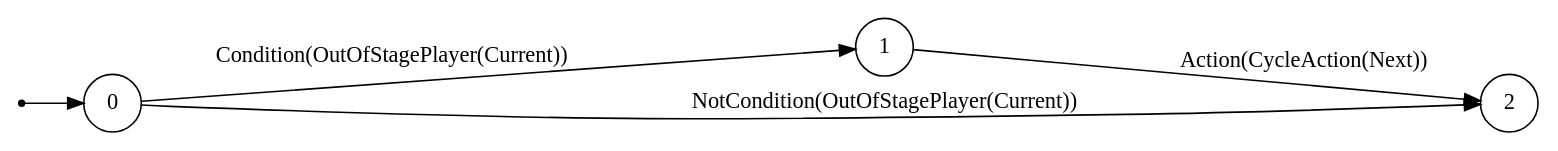
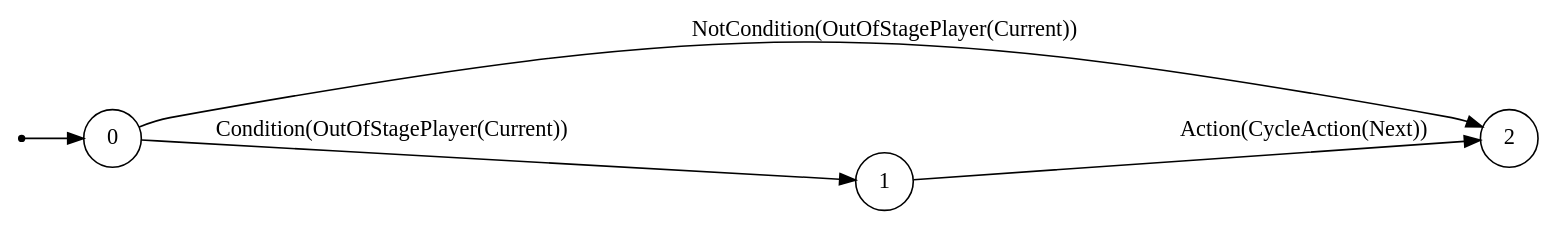
Before and after one commit to mentalcardgames/mcg: the diagram in ir/tests_out/if_rule.dot, drawn with Graphviz. The commit also changed other lines of this file and 22 other files, not shown here.

```diff
--- a/ir/tests_out/if_rule.dot
+++ b/ir/tests_out/if_rule.dot
@@ -1,9 +1,9 @@
 digraph FSM {
   rankdir=LR;
   node [shape = circle];
+  0 -> 2 [label="NotCondition(OutOfStagePlayer(Current))"];
   1 -> 2 [label="Action(CycleAction(Next))"];
-  0 -> 2 [label="NotCondition(OutOfStagePlayer(Current))"];
   0 -> 1 [label="Condition(OutOfStagePlayer(Current))"];
   start [shape=point];
   start -> 0;
 }
```
